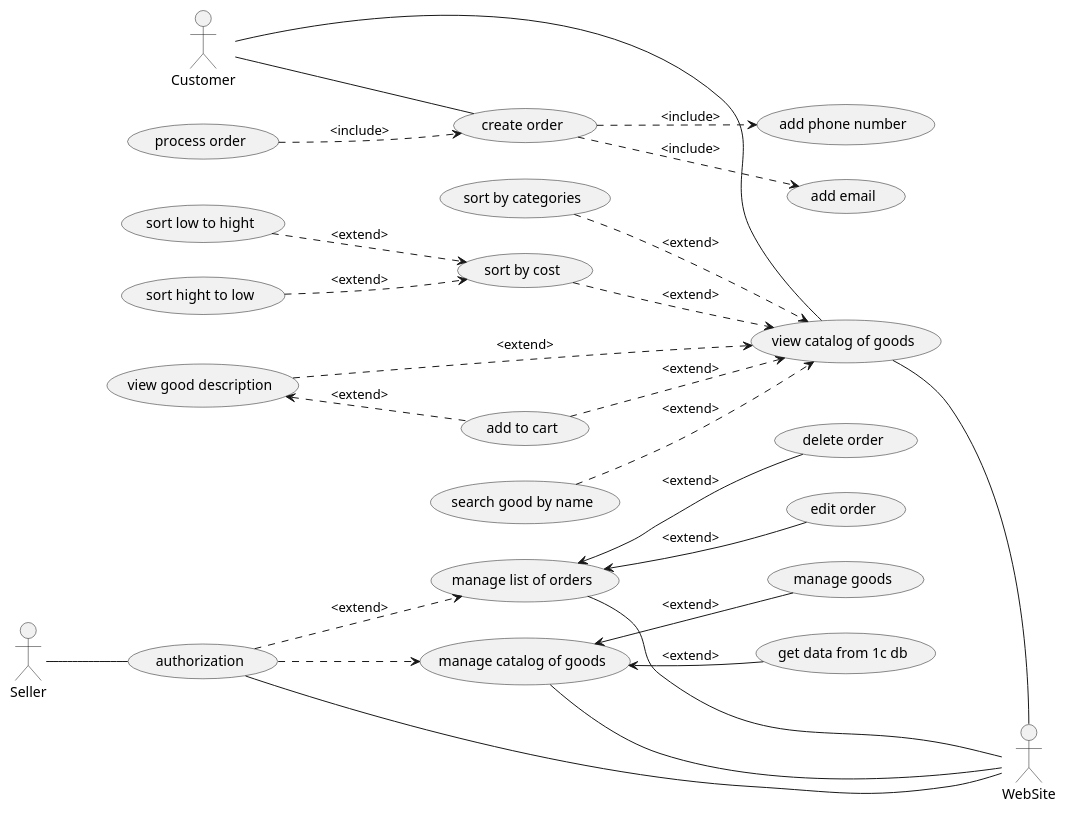
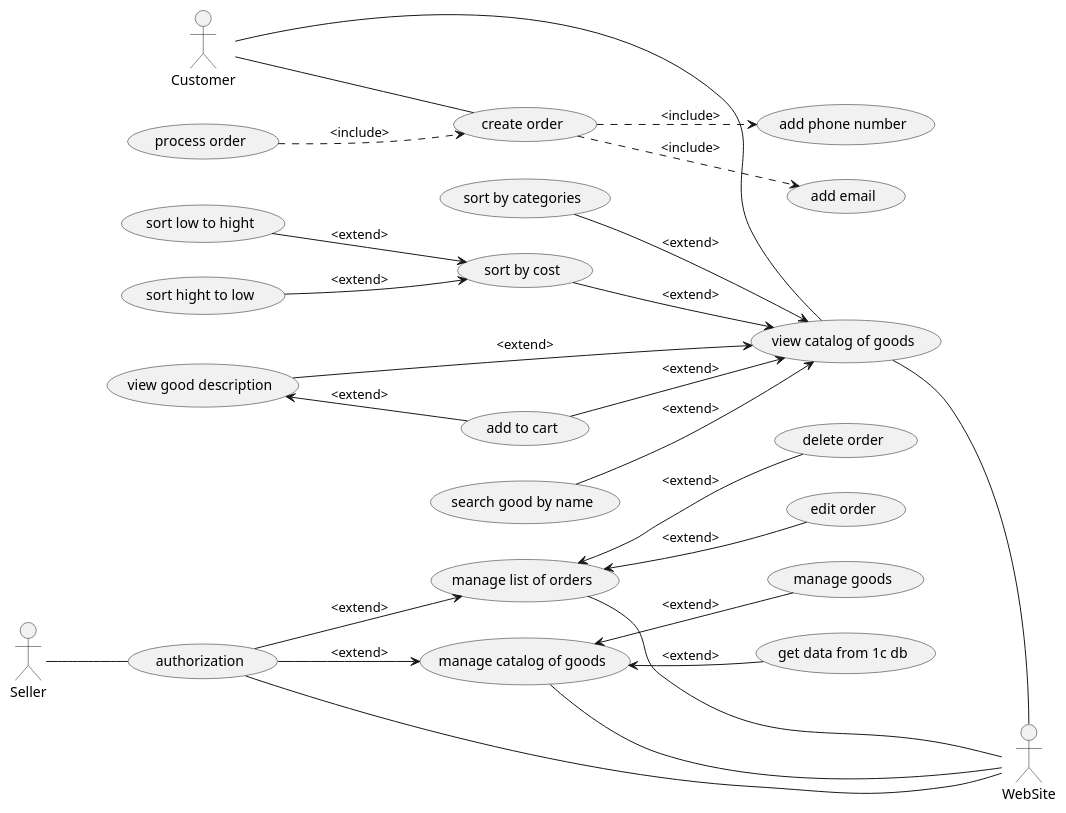
The diagram in use_case_diagramm.puml (zadroshu/diagrams), drawn with PlantUML before and after one commit.

Commit message:
Changed relations lines in use_case_diagramm

```diff
--- a/use_case_diagramm.puml
+++ b/use_case_diagramm.puml
@@ -1,37 +1,37 @@
 @startuml
 actor Customer
 actor Seller
 actor WebSite
 
 together {
     left to right direction
 
     Customer -- (view catalog of goods)
-    (sort by cost) ..> (view catalog of goods): <extend>
-      (sort low to hight) ..> (sort by cost): <extend>
-      (sort hight to low) ..> (sort by cost): <extend>
-    (search good by name) ..> (view catalog of goods): <extend>
-    (sort by categories) ..> (view catalog of goods): <extend>
-    (add to cart) ..> (view catalog of goods): <extend>
-    (view good description) ..> (view catalog of goods): <extend>
-    (view good description) <.. (add to cart): <extend>
+    (sort by cost) --> (view catalog of goods): <extend>
+      (sort low to hight) --> (sort by cost): <extend>
+      (sort hight to low) --> (sort by cost): <extend>
+    (search good by name) --> (view catalog of goods): <extend>
+    (sort by categories) --> (view catalog of goods): <extend>
+    (add to cart) --> (view catalog of goods): <extend>
+    (view good description) --> (view catalog of goods): <extend>
+    (view good description) <-- (add to cart): <extend>
     (process order) ..> (create order): <include>
 
     (view catalog of goods) -- WebSite
     (manage list of orders) -- WebSite
     (authorization) -- WebSite
     (manage catalog of goods) -- WebSite
 
     Customer -- (create order)
       (create order) ..> (add phone number): <include>
       (create order) ..> (add email): <include>
 
     Seller -- (authorization)
-    (authorization) ..> (manage list of orders): <extend>
+    (authorization) --> (manage list of orders): <extend>
       (manage list of orders) <-- (delete order): <extend>
       (manage list of orders) <-- (edit order): <extend>
-    (authorization) ..> (manage catalog of goods)
+    (authorization) --> (manage catalog of goods): <extend>
       (manage catalog of goods) <-- (manage goods): <extend>
       (manage catalog of goods) <-- (get data from 1c db): <extend>
 }
 @enduml
```
